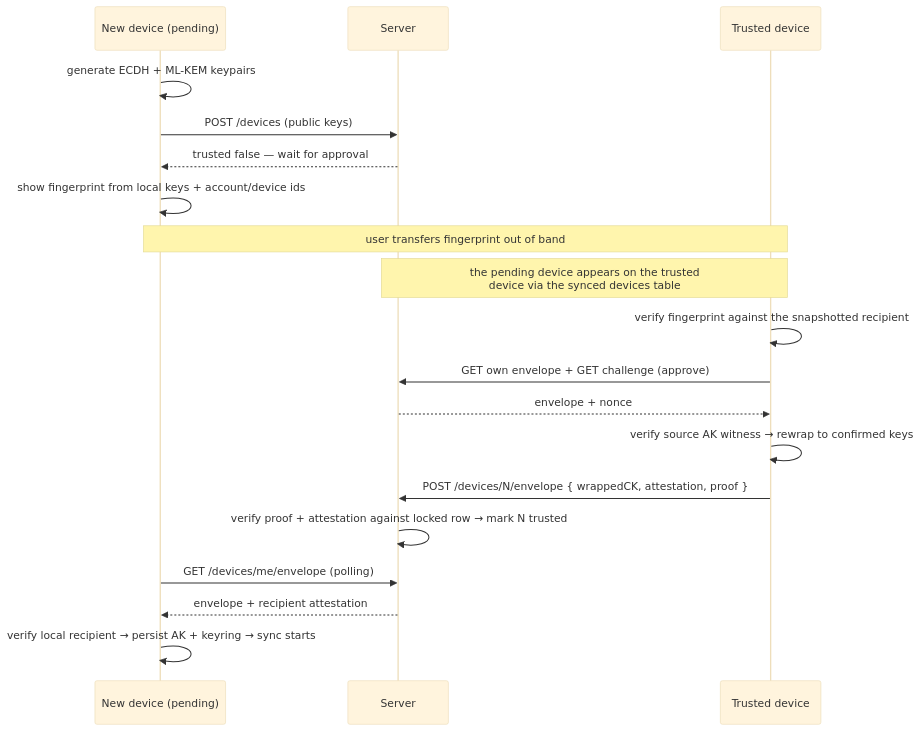
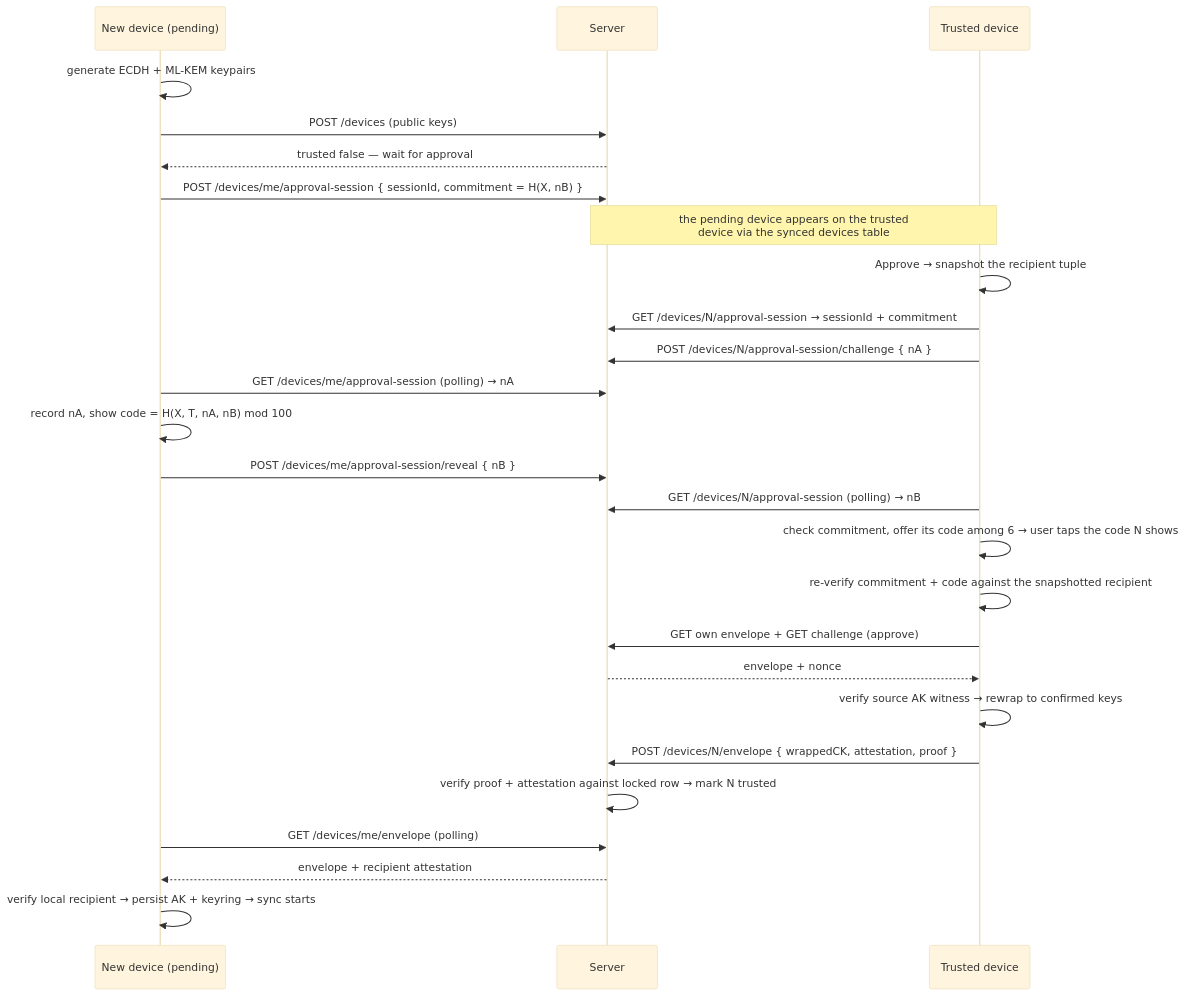
Before and after one commit to thunderbird/thunderbolt: the eighth of 9 diagrams in docs/internals/architecture/e2e-encryption.md, drawn with Mermaid (base theme). The commit also changed other lines of this file and 3 other files, not shown here.

First line of the commit message:
docs: describe device approval with a 2-digit code

````diff
--- a/docs/internals/architecture/e2e-encryption.md
+++ b/docs/internals/architecture/e2e-encryption.md
@@ -554,21 +556,28 @@
 ```mermaid
 sequenceDiagram
     participant N as New device (pending)
     participant S as Server
     participant T as Trusted device
     N->>N: generate ECDH + ML-KEM keypairs
     N->>S: POST /devices (public keys)
     S-->>N: trusted false — wait for approval
-    N->>N: show fingerprint from local keys + account/device ids
-    Note over N,T: user transfers fingerprint out of band
+    N->>S: POST /devices/me/approval-session { sessionId, commitment = H(X, nB) }
     Note over S,T: the pending device appears on the trusted<br/>device via the synced devices table
-    T->>T: verify fingerprint against the snapshotted recipient
+    T->>T: Approve → snapshot the recipient tuple
+    T->>S: GET /devices/N/approval-session → sessionId + commitment
+    T->>S: POST /devices/N/approval-session/challenge { nA }
+    N->>S: GET /devices/me/approval-session (polling) → nA
+    N->>N: record nA, show code = H(X, T, nA, nB) mod 100
+    N->>S: POST /devices/me/approval-session/reveal { nB }
+    T->>S: GET /devices/N/approval-session (polling) → nB
+    T->>T: check commitment, offer its code among 6 → user taps the code N shows
+    T->>T: re-verify commitment + code against the snapshotted recipient
     T->>S: GET own envelope + GET challenge (approve)
     S-->>T: envelope + nonce
     T->>T: verify source AK witness → rewrap to confirmed keys
     T->>S: POST /devices/N/envelope { wrappedCK, attestation, proof }
     S->>S: verify proof + attestation against locked row → mark N trusted
     N->>S: GET /devices/me/envelope (polling)
     S-->>N: envelope + recipient attestation
     N->>N: verify local recipient → persist AK + keyring → sync starts
 ```
````
